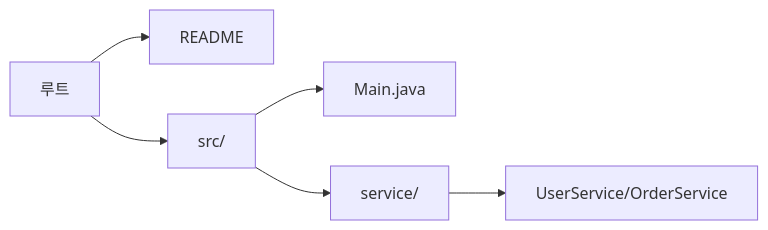
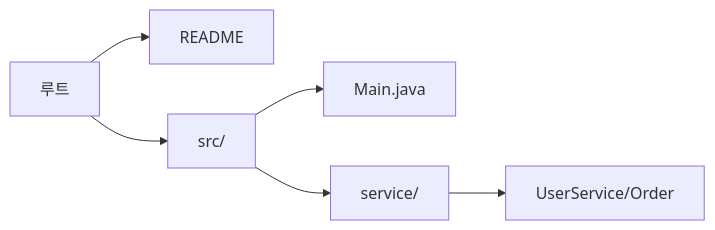
The fourth of 7 diagrams in _posts/designPattern/2022-01-25-DesignPattern.md (yjkim2015/yjkim2015.github.io), drawn with Mermaid before and after one commit. The commit also changed 245 other files, not shown here.

First line of the commit message:
Mermaid 다이어그램 전면 수정 + 면접 포인트 접기/펼치기 + DB 데드락 페이지

````diff
--- a/_posts/designPattern/2022-01-25-DesignPattern.md
+++ b/_posts/designPattern/2022-01-25-DesignPattern.md
@@ -119,8 +119,8 @@
 ```mermaid
 graph LR
     A["루트"] --> B["README"]
     A --> C["src/"]
     C --> E["Main.java"]
     C --> F["service/"]
-    F --> G["UserService/OrderService"]
+    F --> G["UserService/Order"]
 ```
````
